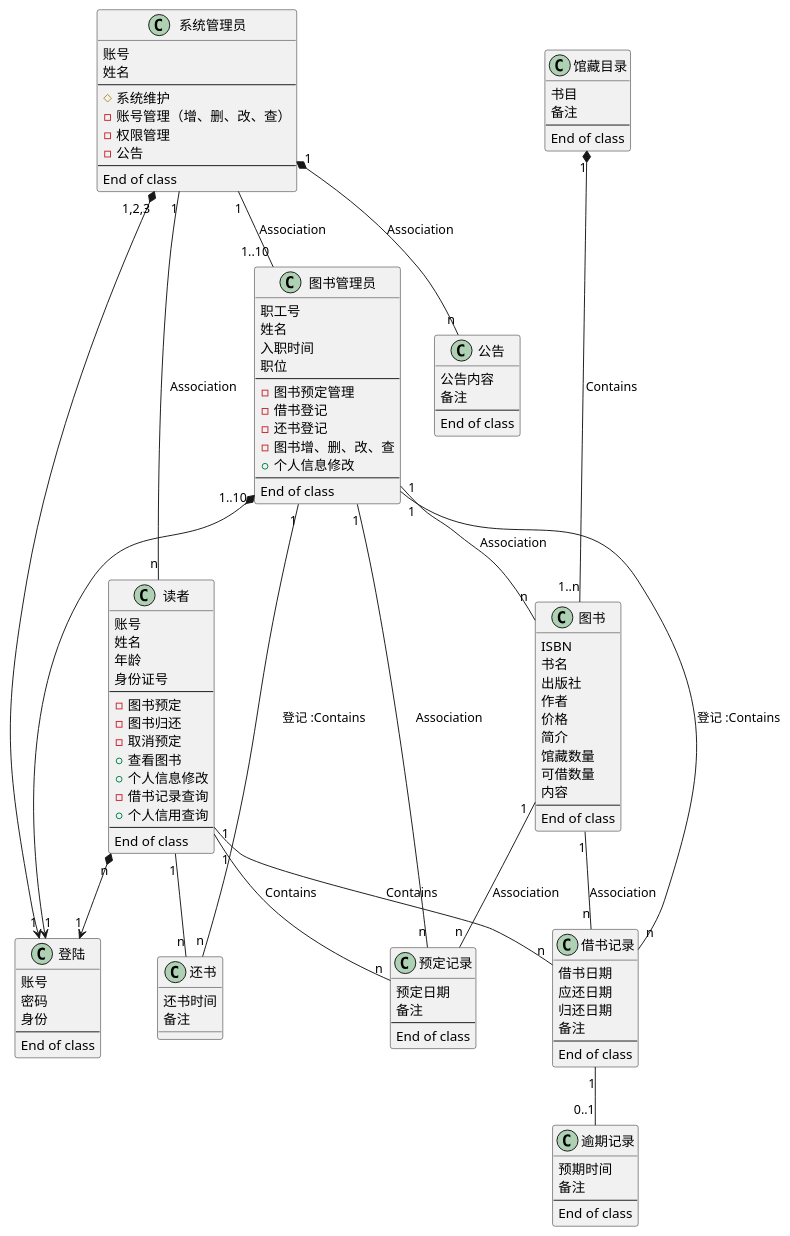
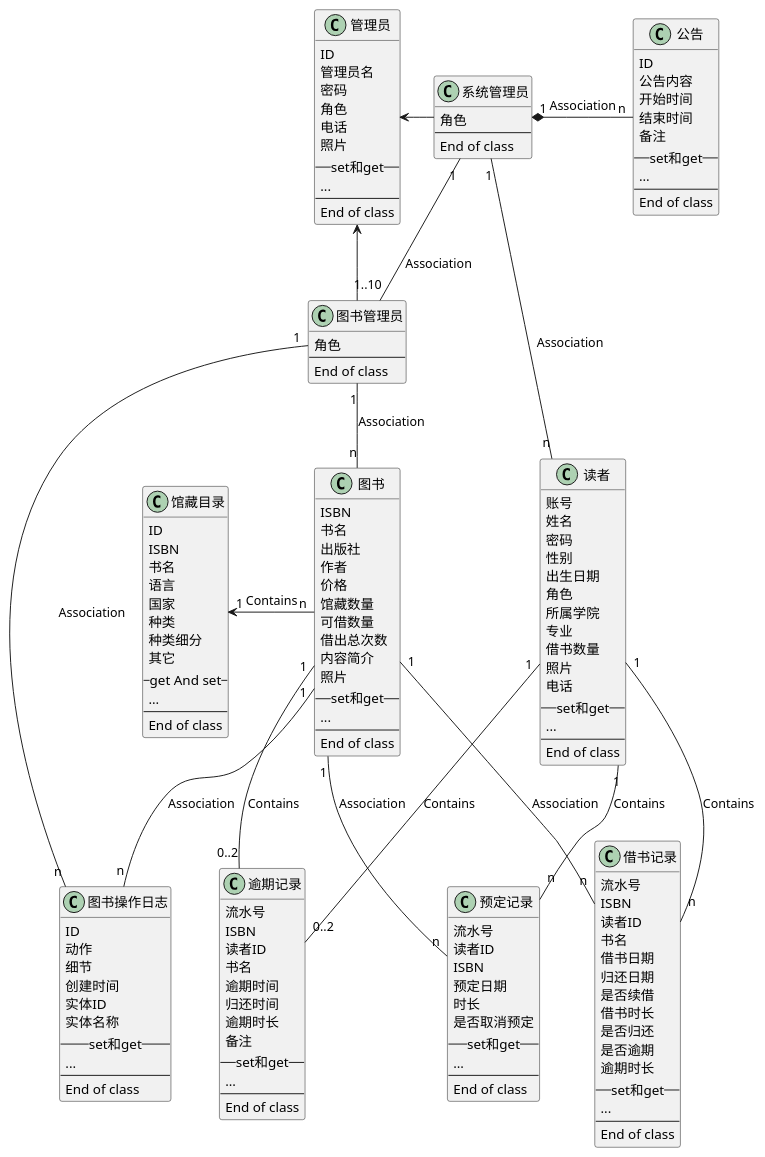
Before and after one commit to zqiheng/is_analysis: the diagram in test3/BookManger.puml, drawn with PlantUML. The commit also changed 6 other files, not shown here.

```diff
--- a/test3/BookManger.puml
+++ b/test3/BookManger.puml
@@ -1,134 +1,168 @@
 @startuml
 
-class 登陆{
-    账号
+class 管理员 {
+    ID
+    管理员名
     密码
-    身份
+    角色
+    电话
+    照片
+    --set和get--
+    ...
+    --
+    End of class
+}
+
+class 图书管理员 {
+    角色
+    --
+    End of class
+}
+class 系统管理员{
+    角色
     --
     End of class
 }
 
 class 读者 {
     账号
     姓名
-    年龄
-    身份证号
-    --
-    - 图书预定
-    - 图书归还
-    - 取消预定
-    + 查看图书
-    + 个人信息修改
-    - 借书记录查询
-    + 个人信用查询
+    密码
+    性别
+    出生日期
+    角色
+    所属学院
+    专业
+    借书数量
+    照片
+    电话
+    --set和get--
+    ...
     --
     End of class
 }
 
-class 图书管理员 {
-    职工号
-    姓名
-    入职时间
-    职位
-    --
-    - 图书预定管理
-    - 借书登记
-    - 还书登记
-    - 图书增、删、改、查
-    + 个人信息修改
-    --
-    End of class
-}
-class 系统管理员{
-    账号
-    姓名
-    --
-    # 系统维护
-    - 账号管理（增、删、改、查）
-    - 权限管理
-    - 公告
+class 馆藏目录{
+    ID
+    ISBN
+    书名
+    语言
+    国家
+    种类
+    种类细分
+    其它
+    --get And set--
+    ...
     --
     End of class
 }
 class 图书{
     ISBN
     书名
     出版社
     作者
     价格
-    简介
     馆藏数量
     可借数量
-    内容
-    --
-    End of class
-}
-
-class 馆藏目录{
-    书目
-    备注
+    借出总次数
+    内容简介
+    照片
+    --set和get--
+    ...
     --
     End of class
 }
 
 class 借书记录{
+    流水号
+    ISBN
+    读者ID
+    书名
     借书日期
-    应还日期
     归还日期
-    备注
+    是否续借
+    借书时长
+    是否归还
+    是否逾期
+    逾期时长
+    --set和get--
+    ...
     --
     End of class
 }
 
 class 预定记录{
+    流水号
+    读者ID
+    ISBN
     预定日期
-    备注
+    时长
+    是否取消预定
+    --set和get--
+    ...
     --
     End of class
 }
 
 class 逾期记录{
-    预期时间
+    流水号
+    ISBN
+    读者ID
+    书名
+    逾期时间
+    归还时间
+    逾期时长
     备注
+    --set和get--
+    ...
     --
     End of class
 }
 
-class 还书{
-    还书时间
-    备注
-}
-
-class 公告{
-    公告内容
-    备注
+class 图书操作日志{
+    ID
+    动作
+    细节
+    创建时间
+    实体ID
+    实体名称
+    --set和get--
+    ...
     --
     End of class
 }
 
-读者 "n"*-->"1"登陆
-图书管理员 "1..10"*---> "1"登陆
-系统管理员 "1,2,3"*--=-> "1"登陆
+class 公告{
+    ID
+    公告内容
+    开始时间
+    结束时间
+    备注
+    --set和get--
+    ...
+    --
+    End of class
+}
 
+管理员 <- 系统管理员
+管理员 <- 图书管理员
 
 系统管理员 "1"-- "1..10"图书管理员 :Association
-系统管理员 "1"-- "n"读者 :Association
-系统管理员 "1"*-- "n"公告 :Association
+系统管理员 "1"- "n"读者 :Association
+系统管理员 "1"*- "n"公告 :Association
 
 图书管理员 "1"-- "n"图书 :Association
-图书管理员 "1"-- "n"借书记录 :登记 :Contains
-图书管理员 "1"-- "n"还书 :登记 :Contains
-图书管理员 "1"-- "n"预定记录 :Association
+图书管理员 "1"-- "n"图书操作日志 :Association
 
+馆藏目录 "1"<- "n"图书 :Contains
 
-馆藏目录 "1"*--- "1..n"图书 :Contains
 图书 "1"--  "n"预定记录 :Association
 图书 "1"-- "n"借书记录 :Association
+图书 "1"-- "n" "图书操作日志" :Association
+图书 "1"-- "0..2"逾期记录 :Contains
 
 读者 "1"--"n"预定记录 :Contains
 读者 "1"-- "n"借书记录 :Contains
-读者 "1"-- "n"还书
-
-借书记录 "1"-- "0..1"逾期记录
+读者 "1"-- "0..2"逾期记录 :Contains
 
 @endum
```
